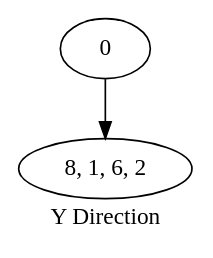
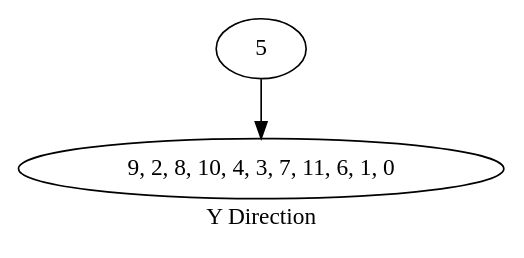
One commit to KIKI007/FrameInterlock changed the diagram in cmake-build-debug/tmp_1.dot. Above: the diagram before and after it, drawn with Graphviz. The commit also changed 28 other files, not shown here.

```diff
--- a/cmake-build-debug/tmp_1.dot
+++ b/cmake-build-debug/tmp_1.dot
@@ -1,3 +1,3 @@
 digraph {
-label="Y Direction"0 -> "8, 1, 6, 2"
+label="Y Direction"5 -> "9, 2, 8, 10, 4, 3, 7, 11, 6, 1, 0"
 }
```
